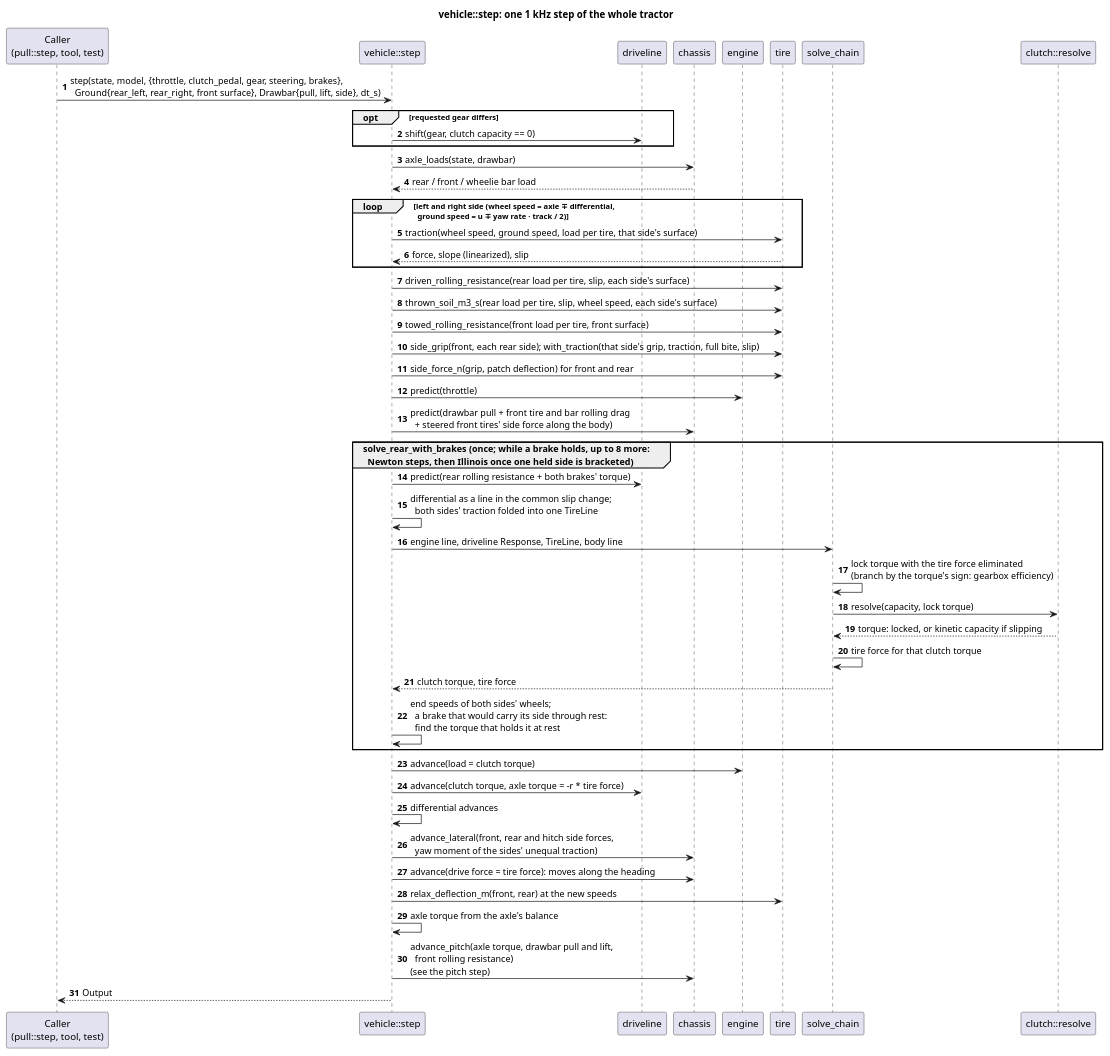
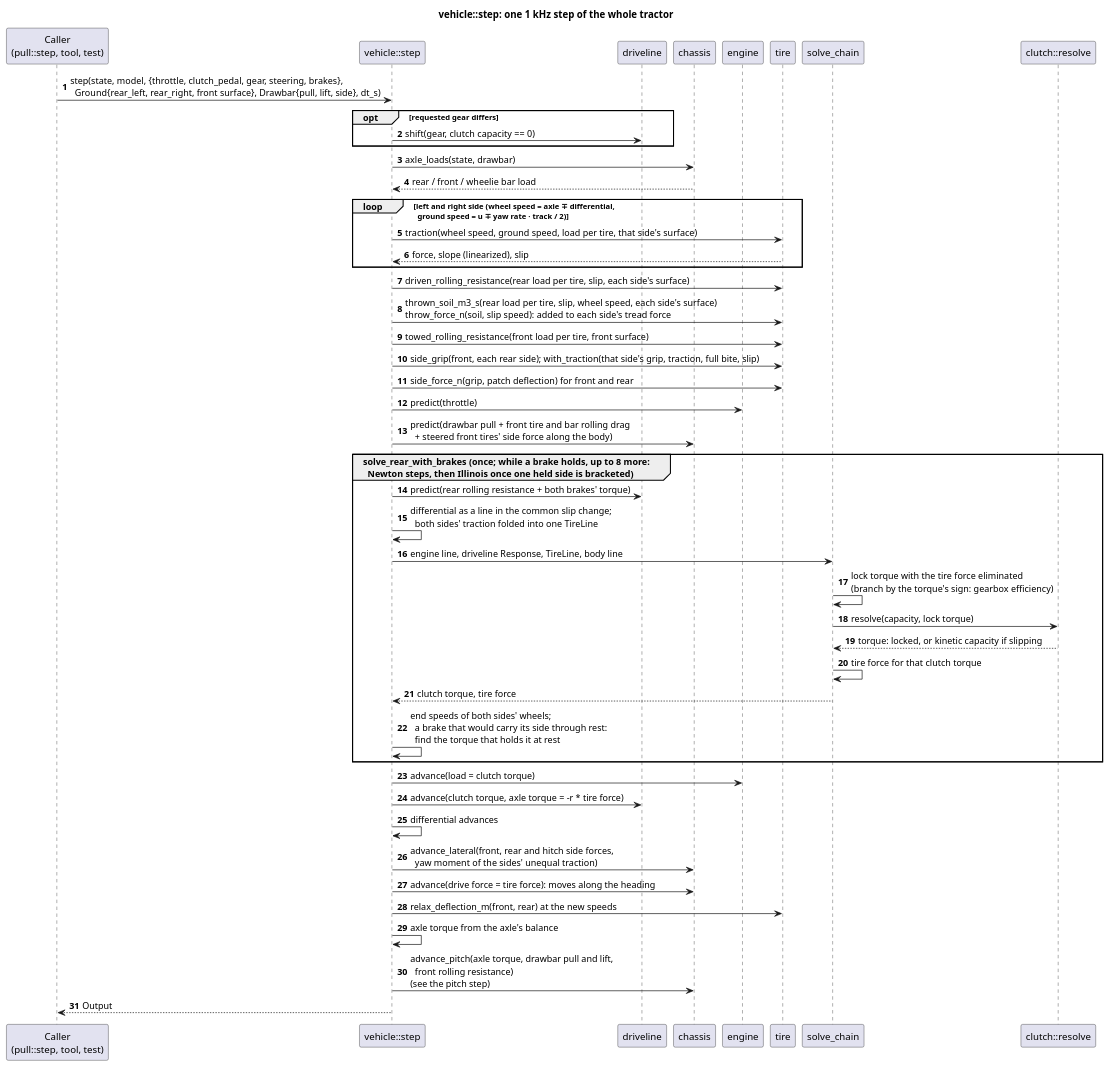
Before and after one commit to wversteeg/TractorPulling: the diagram in docs/diagrams/vehicle_step_sequence.puml, drawn with PlantUML. The commit also changed 71 other files, not shown here.

First line of the commit message:
Supersport pullers spin fast: grip, soil reaction, 12 t sled, launch clutch catch, sleds per level (#147)

```diff
--- a/docs/diagrams/vehicle_step_sequence.puml
+++ b/docs/diagrams/vehicle_step_sequence.puml
@@ -1,50 +1,50 @@
 @startuml vehicle_step_sequence
 title vehicle::step: one 1 kHz step of the whole tractor
 autonumber
 participant "Caller\n(pull::step, tool, test)" as Caller
 participant "vehicle::step" as Step
 participant "driveline" as Driveline
 participant "chassis" as Chassis
 participant "engine" as Engine
 participant "tire" as Tire
 participant "solve_chain" as Solve
 participant "clutch::resolve" as Clutch
 
 Caller -> Step : step(state, model, {throttle, clutch_pedal, gear, steering, brakes},\n  Ground{rear_left, rear_right, front surface}, Drawbar{pull, lift, side}, dt_s)
 opt requested gear differs
   Step -> Driveline : shift(gear, clutch capacity == 0)
 end
 Step -> Chassis : axle_loads(state, drawbar)
 Chassis --> Step : rear / front / wheelie bar load
 loop left and right side (wheel speed = axle ∓ differential,\n  ground speed = u ∓ yaw rate · track / 2)
   Step -> Tire : traction(wheel speed, ground speed, load per tire, that side's surface)
   Tire --> Step : force, slope (linearized), slip
 end
 Step -> Tire : driven_rolling_resistance(rear load per tire, slip, each side's surface)
-Step -> Tire : thrown_soil_m3_s(rear load per tire, slip, wheel speed, each side's surface)
+Step -> Tire : thrown_soil_m3_s(rear load per tire, slip, wheel speed, each side's surface)\nthrow_force_n(soil, slip speed): added to each side's tread force
 Step -> Tire : towed_rolling_resistance(front load per tire, front surface)
 Step -> Tire : side_grip(front, each rear side); with_traction(that side's grip, traction, full bite, slip)
 Step -> Tire : side_force_n(grip, patch deflection) for front and rear
 Step -> Engine : predict(throttle)
 Step -> Chassis : predict(drawbar pull + front tire and bar rolling drag\n  + steered front tires' side force along the body)
 group solve_rear_with_brakes (once; while a brake holds, up to 8 more:\n  Newton steps, then Illinois once one held side is bracketed)
 Step -> Driveline : predict(rear rolling resistance + both brakes' torque)
 Step -> Step : differential as a line in the common slip change;\n  both sides' traction folded into one TireLine
 Step -> Solve : engine line, driveline Response, TireLine, body line
 Solve -> Solve : lock torque with the tire force eliminated\n(branch by the torque's sign: gearbox efficiency)
 Solve -> Clutch : resolve(capacity, lock torque)
 Clutch --> Solve : torque: locked, or kinetic capacity if slipping
 Solve -> Solve : tire force for that clutch torque
 Solve --> Step : clutch torque, tire force
 Step -> Step : end speeds of both sides' wheels;\n  a brake that would carry its side through rest:\n  find the torque that holds it at rest
 end
 Step -> Engine : advance(load = clutch torque)
 Step -> Driveline : advance(clutch torque, axle torque = -r * tire force)
 Step -> Step : differential advances
 Step -> Chassis : advance_lateral(front, rear and hitch side forces,\n  yaw moment of the sides' unequal traction)
 Step -> Chassis : advance(drive force = tire force): moves along the heading
 Step -> Tire : relax_deflection_m(front, rear) at the new speeds
 Step -> Step : axle torque from the axle's balance
 Step -> Chassis : advance_pitch(axle torque, drawbar pull and lift,\n  front rolling resistance)\n(see the pitch step)
 Step --> Caller : Output
 @enduml
```
